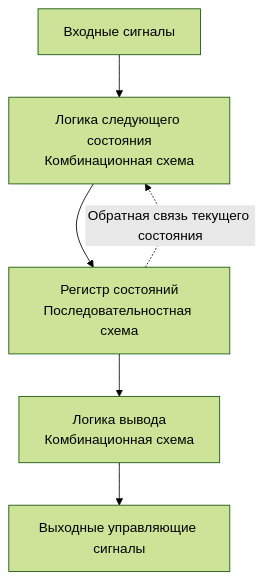
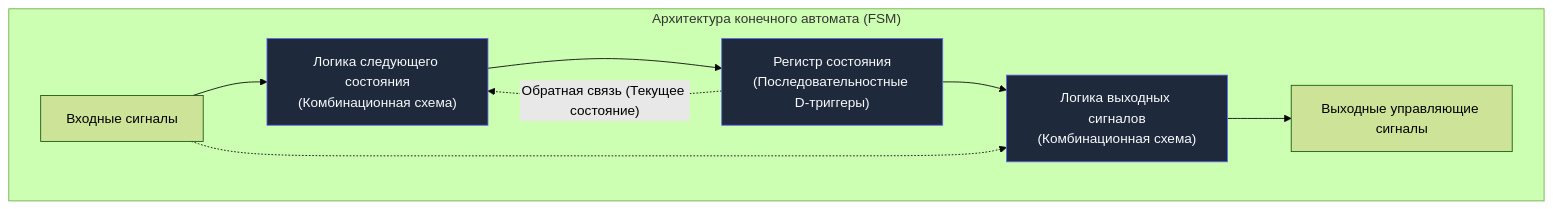
One commit to UnrealTemplier/go-textbook changed the fourth of 4 diagrams in sources/1. Архитектура компьютера/5. Регистры, счетчики и конечные автоматы.md. Above: the diagram before and after it, drawn with Mermaid (forest theme). The commit also changed other lines of this file, not shown here.

Commit message:
feat(module-01): editorial rewrite of Article 5 (Registers, Counters, FSM) in Kernighan style

````diff
--- a/sources/1. Архитектура компьютера/5. Регистры, счетчики и конечные автоматы.md
+++ b/sources/1. Архитектура компьютера/5. Регистры, счетчики и конечные автоматы.md
@@ -64,10 +158,16 @@
 ```mermaid
 flowchart TD
-    IN["Входные сигналы"] --> LOGIC1["Логика следующего состояния<br>Комбинационная схема"]
-    LOGIC1 --> REG["Регистр состояний<br>Последовательностная схема"]
-    
-    REG -.->|Обратная связь текущего состояния| LOGIC1
-    
-    REG --> LOGIC2["Логика вывода<br>Комбинационная схема"]
-    LOGIC2 --> OUT["Выходные управляющие сигналы"]
+    subgraph FSM ["Архитектура конечного автомата (FSM)"]
+        Inputs["Входные сигналы"] --> NextStateLogic["Логика следующего состояния<br>(Комбинационная схема)"]
+        NextStateLogic --> StateReg["Регистр состояния<br>(Последовательностные D-триггеры)"]
+        
+        StateReg -.->|"Обратная связь (Текущее состояние)"| NextStateLogic
+        
+        StateReg --> OutputLogic["Логика выходных сигналов<br>(Комбинационная схема)"]
+        Inputs -.-> OutputLogic
+        OutputLogic --> Outputs["Выходные управляющие сигналы"]
+    end
+
+    classDef block fill:#1e293b,stroke:#6366f1,stroke-width:1px,color:#f8fafc;
+    class NextStateLogic,StateReg,OutputLogic block;
 ```
````
